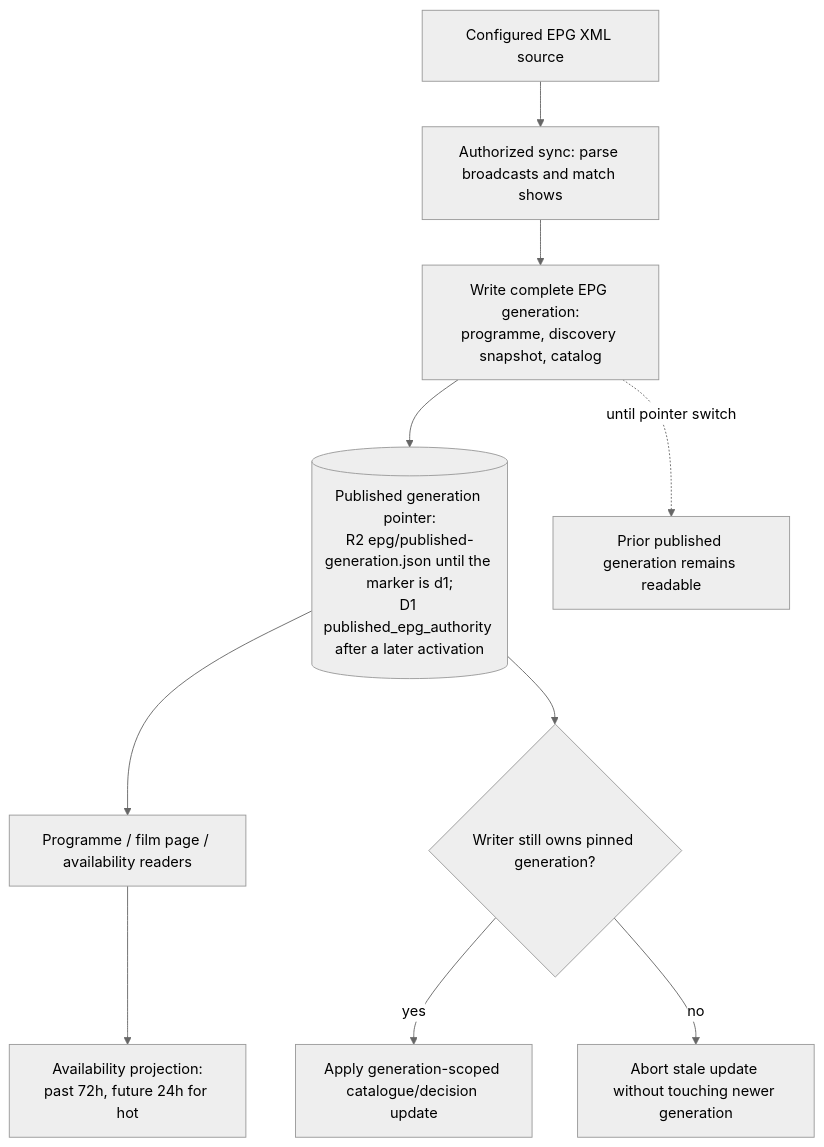
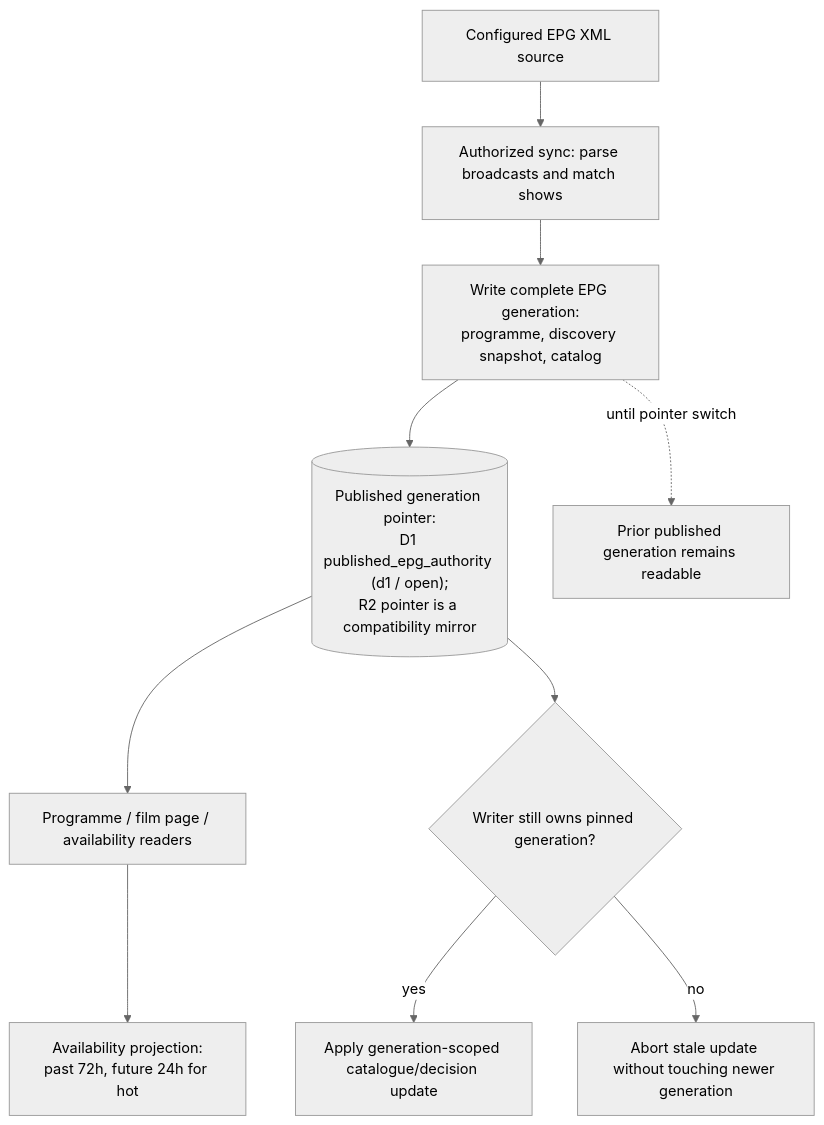
The diagram in docs/architecture/epg-and-availability.md (vladimino/iptv-watchlist), drawn with Mermaid (neutral theme) before and after one commit. The commit also changed other lines of this file and 10 other files, not shown here.

````diff
--- a/docs/architecture/epg-and-availability.md
+++ b/docs/architecture/epg-and-availability.md
@@ -5,19 +5,19 @@
 ```mermaid
 flowchart TD
     source["Configured EPG XML source"]
     parse["Authorized sync: parse broadcasts and match shows"]
     staging["Write complete EPG generation:<br/>programme, discovery snapshot, catalog"]
-    pointer[("Published generation pointer:<br/>R2 epg/published-generation.json until the marker is d1;<br/>D1 published_epg_authority after a later activation")]
+    pointer[("Published generation pointer:<br/>D1 published_epg_authority (d1 / open);<br/>R2 pointer is a compatibility mirror")]
     readers["Programme / film page / availability readers"]
     window["Availability projection:<br/>past 72h, future 24h for hot"]
     previous["Prior published generation remains readable"]
     stale{"Writer still owns pinned generation?"}
     update["Apply generation-scoped catalogue/decision update"]
     reject["Abort stale update without touching newer generation"]
     source --> parse --> staging --> pointer
     pointer --> readers --> window
     staging -.->|until pointer switch| previous
     pointer --> stale
     stale -->|yes| update
     stale -->|no| reject
 ```
````
